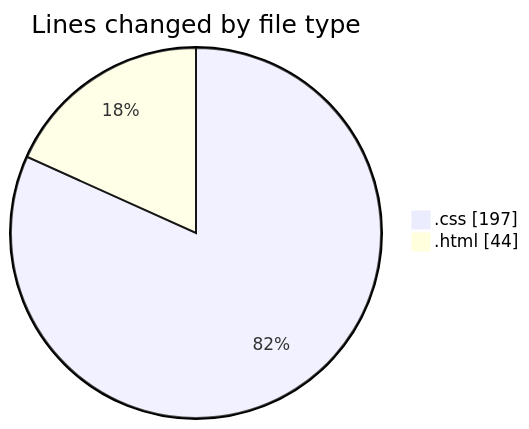
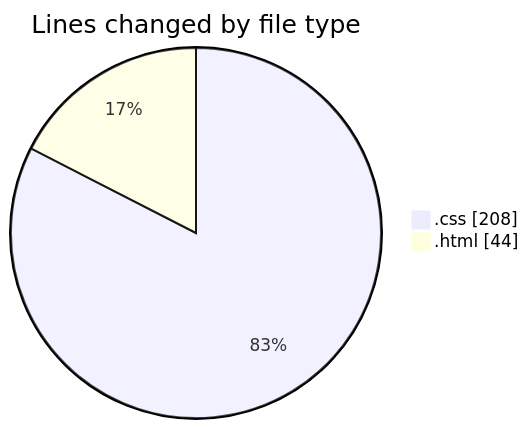
The first of 2 diagrams in 2025-01-26/results-summary-component-main/README.md (NitaiMahat/code-tracking), drawn with Mermaid before and after one commit. The commit also changed other lines of this file and 1 other file, not shown here.

````diff
--- a/2025-01-26/results-summary-component-main/README.md
+++ b/2025-01-26/results-summary-component-main/README.md
@@ -21,6 +21,6 @@
 ```mermaid
 pie showData
 title Lines changed by file type
-".css" : 197
+".css" : 208
 ".html" : 44
 ```
````
